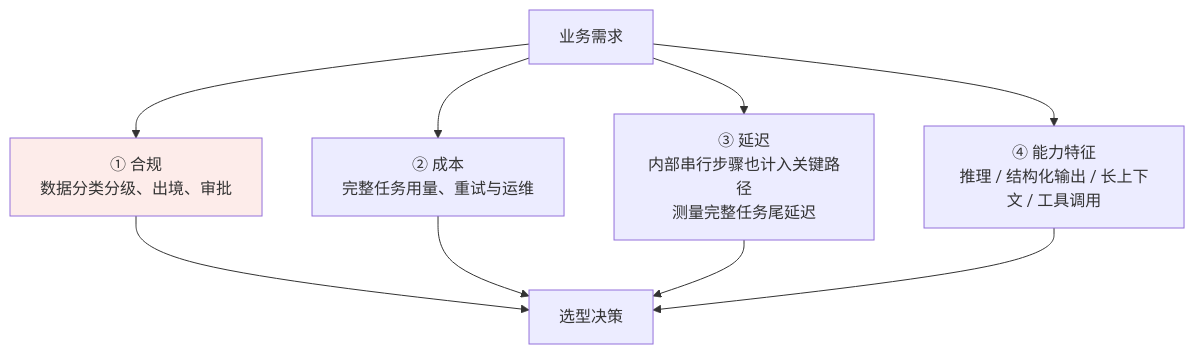
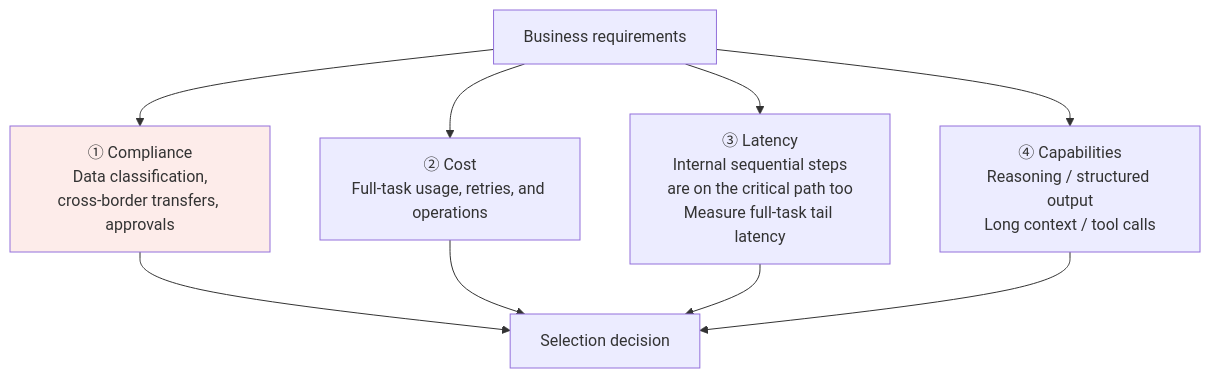
Before and after one commit to oneleaveknowsthefall/awesome-ai-roadmap: the first of 2 diagrams in docs/llm/05-evaluation-selection/22-model-selection.md, drawn with Mermaid. The commit also changed other lines of this file and 92 other files, not shown here.

````diff
--- a/docs/llm/05-evaluation-selection/22-model-selection.md
+++ b/docs/llm/05-evaluation-selection/22-model-selection.md
@@ -19,13 +19,13 @@
 ```mermaid
 flowchart TB
-    B["业务需求"] --> C1["① 合规<br/>数据分类分级、出境、审批"]
-    B --> C2["② 成本<br/>完整任务用量、重试与运维"]
-    B --> C3["③ 延迟<br/>内部串行步骤也计入关键路径<br/>测量完整任务尾延迟"]
-    B --> C4["④ 能力特征<br/>推理 / 结构化输出 / 长上下文 / 工具调用"]
-    C1 --> S["选型决策"]
+    B["Business requirements"] --> C1["① Compliance<br/>Data classification,<br/>cross-border transfers, approvals"]
+    B --> C2["② Cost<br/>Full-task usage, retries, and operations"]
+    B --> C3["③ Latency<br/>Internal sequential steps<br/>are on the critical path too<br/>Measure full-task tail latency"]
+    B --> C4["④ Capabilities<br/>Reasoning / structured output<br/>Long context / tool calls"]
+    C1 --> S["Selection decision"]
     C2 --> S
     C3 --> S
     C4 --> S
 
     style C1 fill:#fdecea
 ```
````
